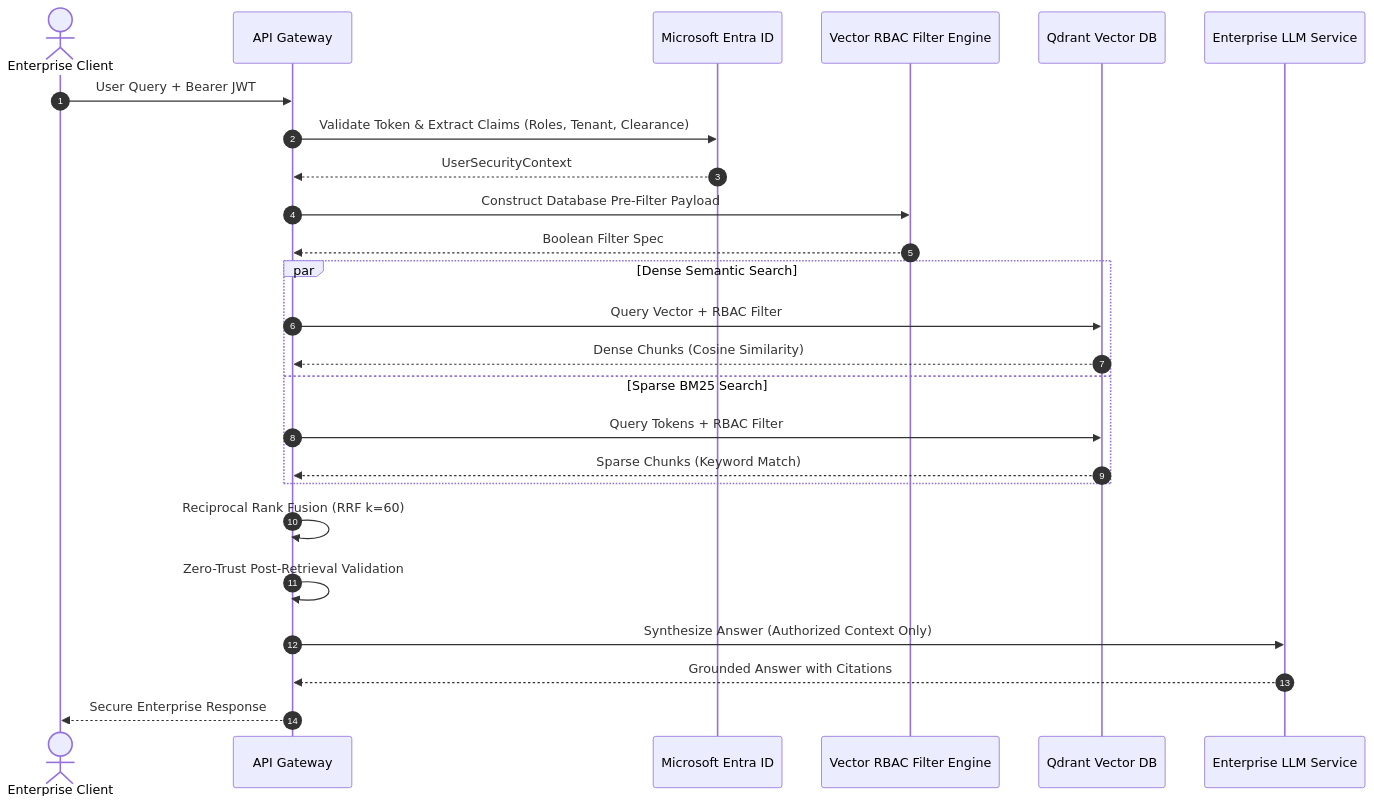
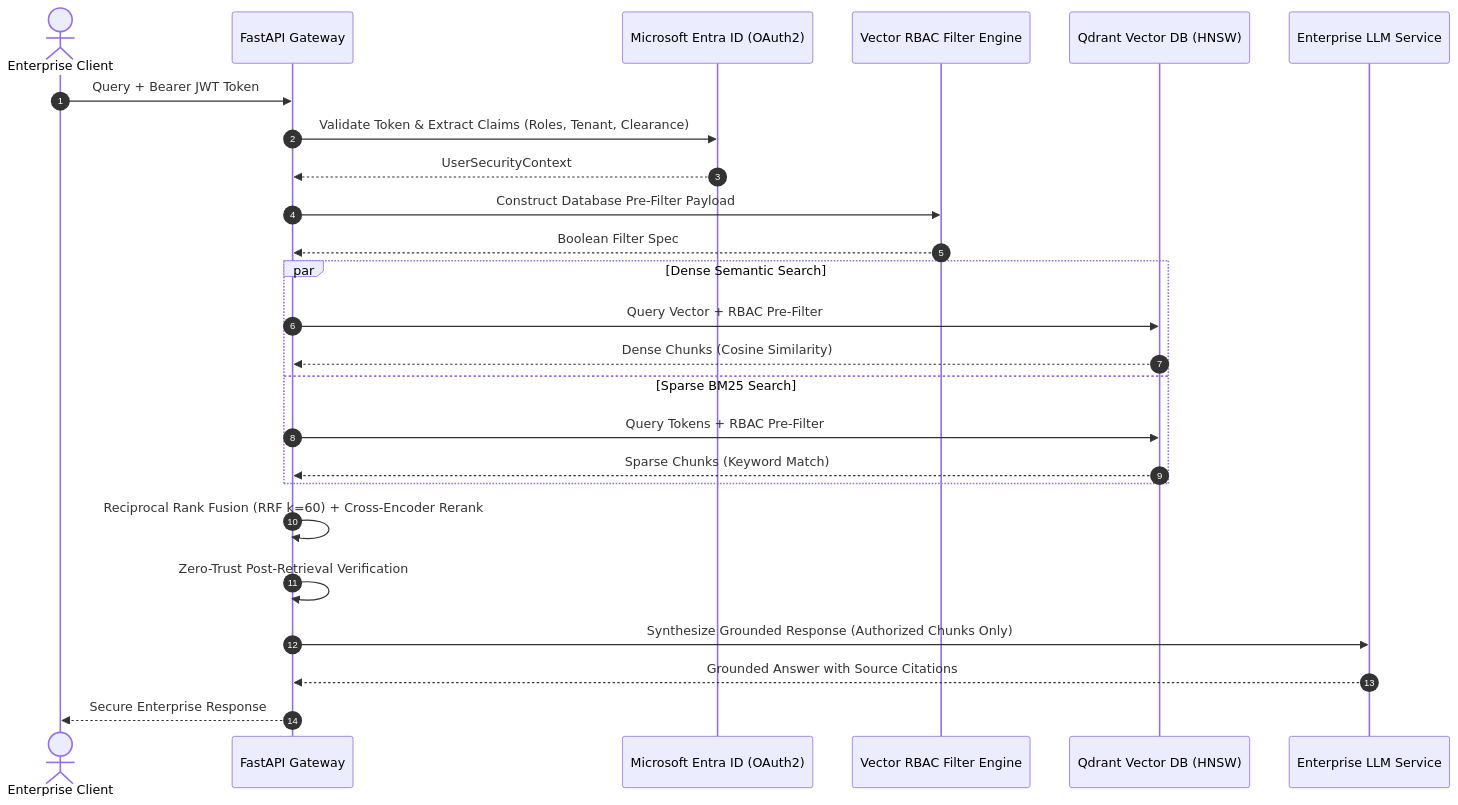
One commit to sricheru/agentic-ai-portfolio changed the second of 4 diagrams in README.md. Above: the diagram before and after it, drawn with Mermaid. The commit also changed other lines of this file, not shown here.

Commit message:
feat(portfolio): align portfolio showcase with executive resume and Tier-1 enterprise architecture profile

````diff
--- a/README.md
+++ b/README.md
@@ -145,30 +141,30 @@
 ```mermaid
 sequenceDiagram
     autonumber
     actor User as Enterprise Client
-    participant App as API Gateway
-    participant Entra as Microsoft Entra ID
+    participant App as FastAPI Gateway
+    participant Entra as Microsoft Entra ID (OAuth2)
     participant Filter as Vector RBAC Filter Engine
-    participant VDB as Qdrant Vector DB
+    participant VDB as Qdrant Vector DB (HNSW)
     participant LLM as Enterprise LLM Service
 
-    User->>App: User Query + Bearer JWT
+    User->>App: Query + Bearer JWT Token
     App->>Entra: Validate Token & Extract Claims (Roles, Tenant, Clearance)
     Entra-->>App: UserSecurityContext
     App->>Filter: Construct Database Pre-Filter Payload
     Filter-->>App: Boolean Filter Spec
 
     par Dense Semantic Search
-        App->>VDB: Query Vector + RBAC Filter
+        App->>VDB: Query Vector + RBAC Pre-Filter
         VDB-->>App: Dense Chunks (Cosine Similarity)
     and Sparse BM25 Search
-        App->>VDB: Query Tokens + RBAC Filter
+        App->>VDB: Query Tokens + RBAC Pre-Filter
         VDB-->>App: Sparse Chunks (Keyword Match)
     end
 
-    App->>App: Reciprocal Rank Fusion (RRF k=60)
-    App->>App: Zero-Trust Post-Retrieval Validation
-    App->>LLM: Synthesize Answer (Authorized Context Only)
-    LLM-->>App: Grounded Answer with Citations
+    App->>App: Reciprocal Rank Fusion (RRF k=60) + Cross-Encoder Rerank
+    App->>App: Zero-Trust Post-Retrieval Verification
+    App->>LLM: Synthesize Grounded Response (Authorized Chunks Only)
+    LLM-->>App: Grounded Answer with Source Citations
     App-->>User: Secure Enterprise Response
 ```
````
